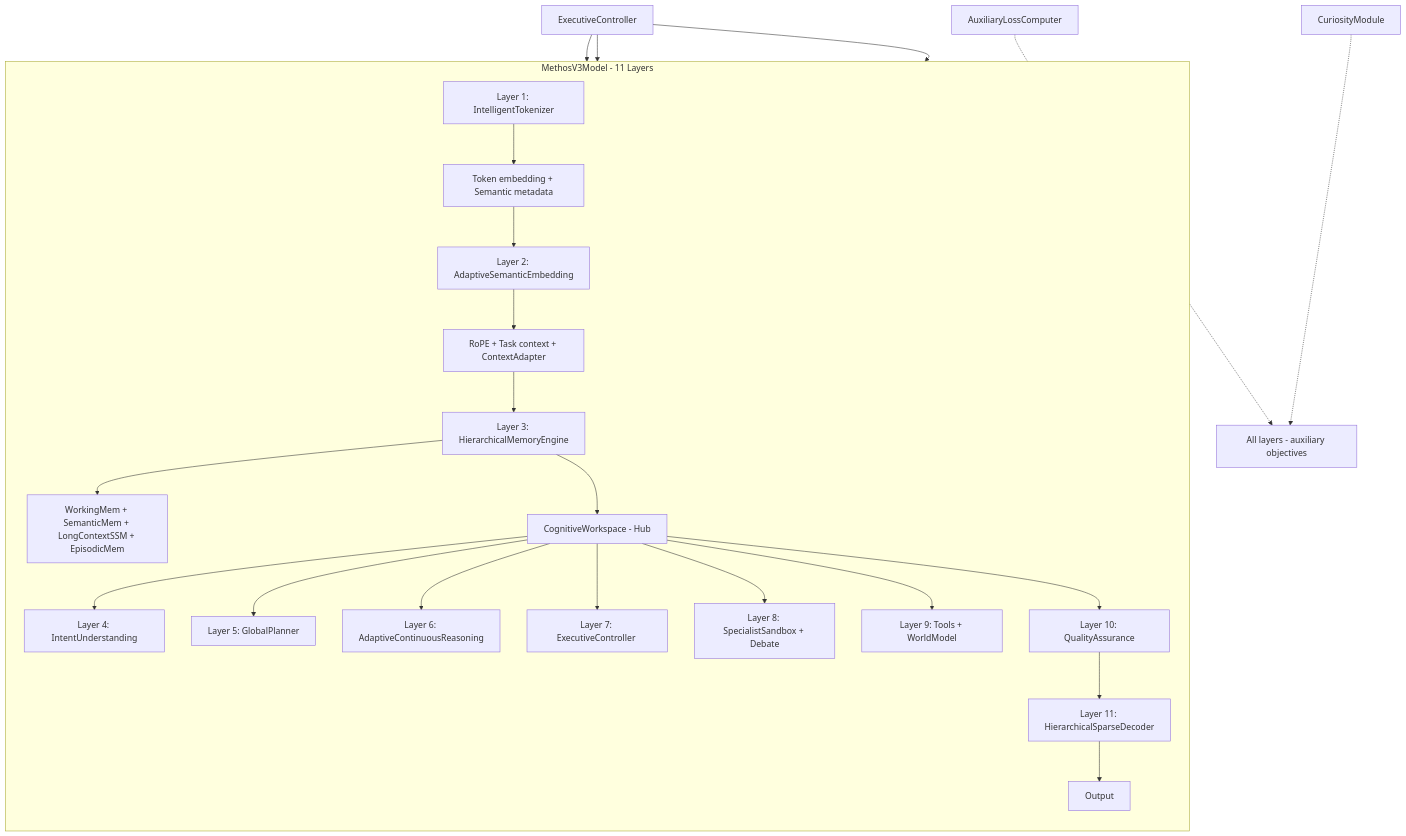
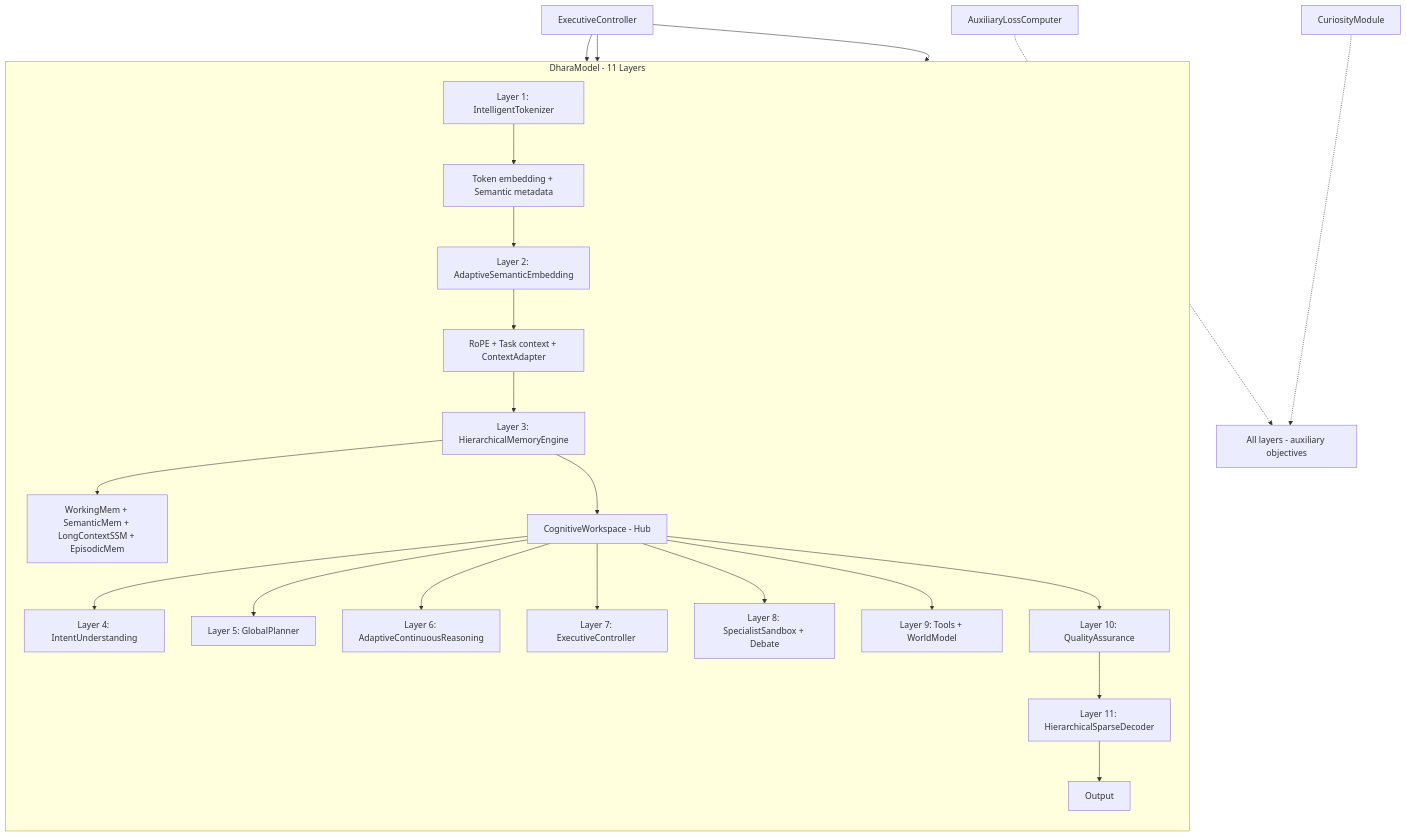
The third of 5 diagrams in project_description/02_System_Architecture.md (N0t-Harshil/Dhara-Model), drawn with Mermaid before and after one commit. The commit also changed other lines of this file and 126 other files, not shown here.

Commit message:
Rename Methos to Dhara across source, configs, and docs

````diff
--- a/project_description/02_System_Architecture.md
+++ b/project_description/02_System_Architecture.md
@@ -102,26 +102,26 @@
 ```mermaid
 graph TB
-    subgraph "MethosV3Model - 11 Layers"
+    subgraph "DharaModel - 11 Layers"
         direction TB
         L1[Layer 1: IntelligentTokenizer] --> L1D[Token embedding + Semantic metadata]
         L1D --> L2[Layer 2: AdaptiveSemanticEmbedding]
         L2 --> L2D[RoPE + Task context + ContextAdapter]
         L2D --> L3[Layer 3: HierarchicalMemoryEngine]
         L3 --> L3D[WorkingMem + SemanticMem + LongContextSSM + EpisodicMem]
         L3 --> CW[CognitiveWorkspace - Hub]
         CW --> L4[Layer 4: IntentUnderstanding]
         CW --> L5[Layer 5: GlobalPlanner]
         CW --> L6[Layer 6: AdaptiveContinuousReasoning]
         CW --> L7[Layer 7: ExecutiveController <if enabled>]
         CW --> L8[Layer 8: SpecialistSandbox + Debate]
         CW --> L9[Layer 9: Tools + WorldModel]
         CW --> L10[Layer 10: QualityAssurance]
         L10 --> L11[Layer 11: HierarchicalSparseDecoder]
         L11 --> OUT[Output]
     end
     E[ExecutiveController] --> L7
     E --> L9
     E --> L11
     AUX[AuxiliaryLossComputer] -.-> ALL[All layers - auxiliary objectives]
     CURIO[CuriosityModule] -.-> ALL
 ```
````
